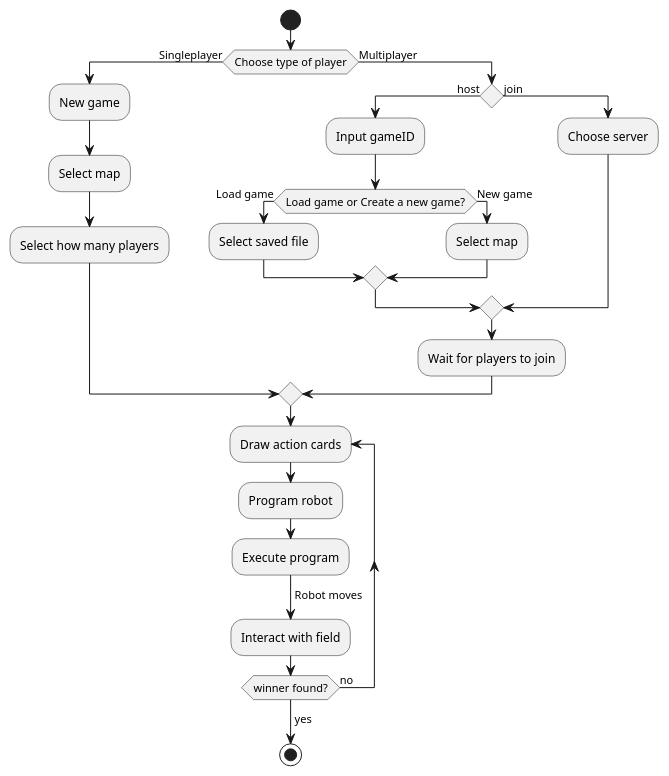
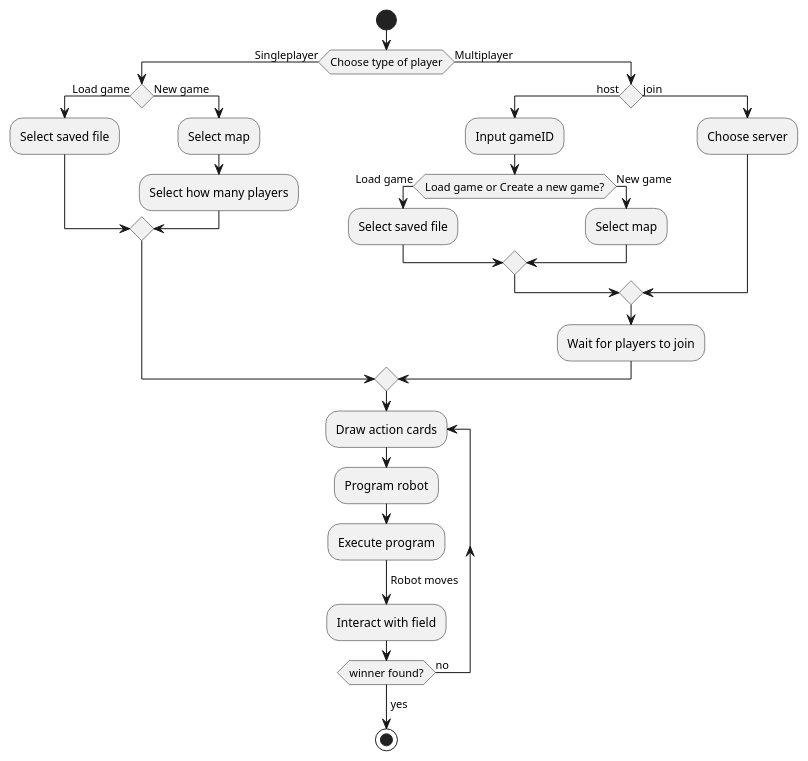
Before and after one commit to Mathiasw01/G.16RoborallyV1.1: the diagram in src/UML/Activity.puml, drawn with PlantUML. The commit also changed 1 other file, not shown here.

```diff
--- a/src/UML/Activity.puml
+++ b/src/UML/Activity.puml
@@ -1,33 +1,35 @@
 @startuml
 'https://plantuml.com/activity-diagram-beta
 
 start
 if (Choose type of player) then (Singleplayer)
-      :New game;
+      if () then (Load game)
+      :Select saved file;
+      else (New game)
       :Select map;
       :Select how many players;
-
+      endif
 else (Multiplayer)
       if () then (host)
       :Input gameID;
         if (Load game or Create a new game?) then (Load game)
         :Select saved file;
         else(New game)
         :Select map;
         endif
       else (join)
       :Choose server;
       endif
       :Wait for players to join;
 endif
 
 repeat:Draw action cards;
     :Program robot;
     :Execute program;
     ->Robot moves;
     :Interact with field;
 repeat while (winner found?) is (no)
   -> yes;
 
 stop
 @enduml
```
